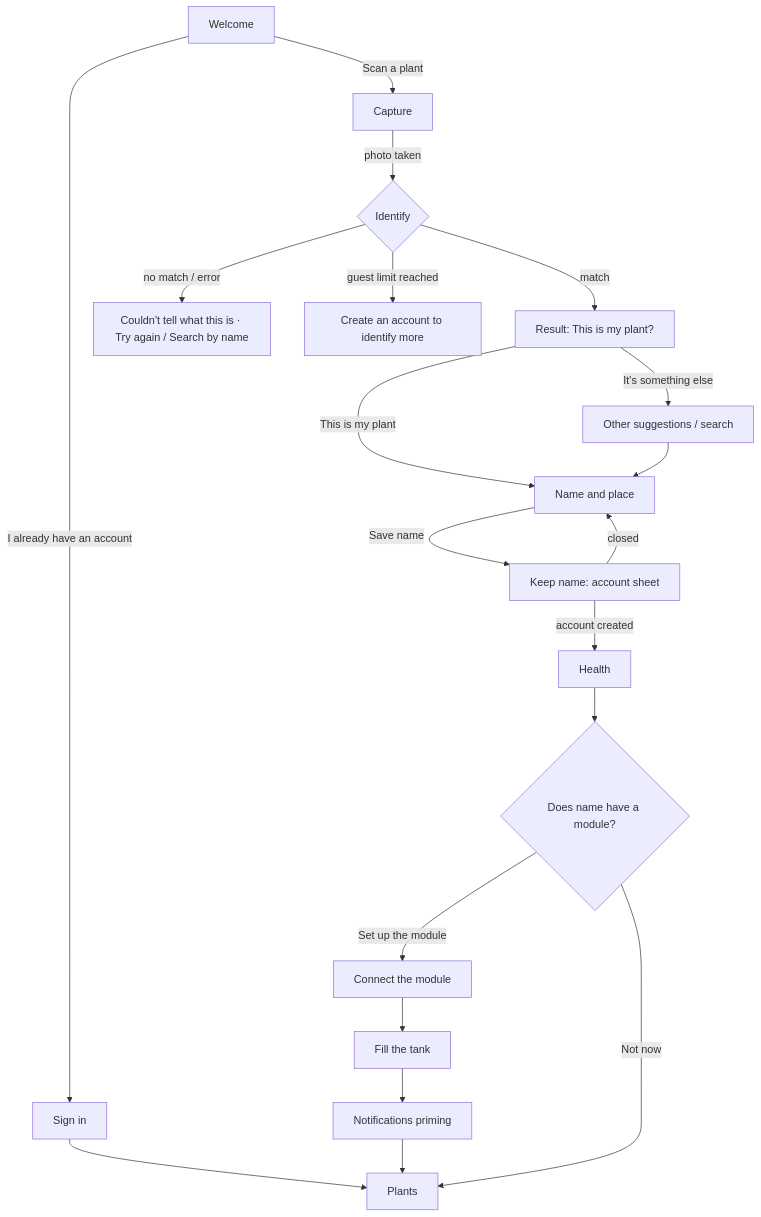
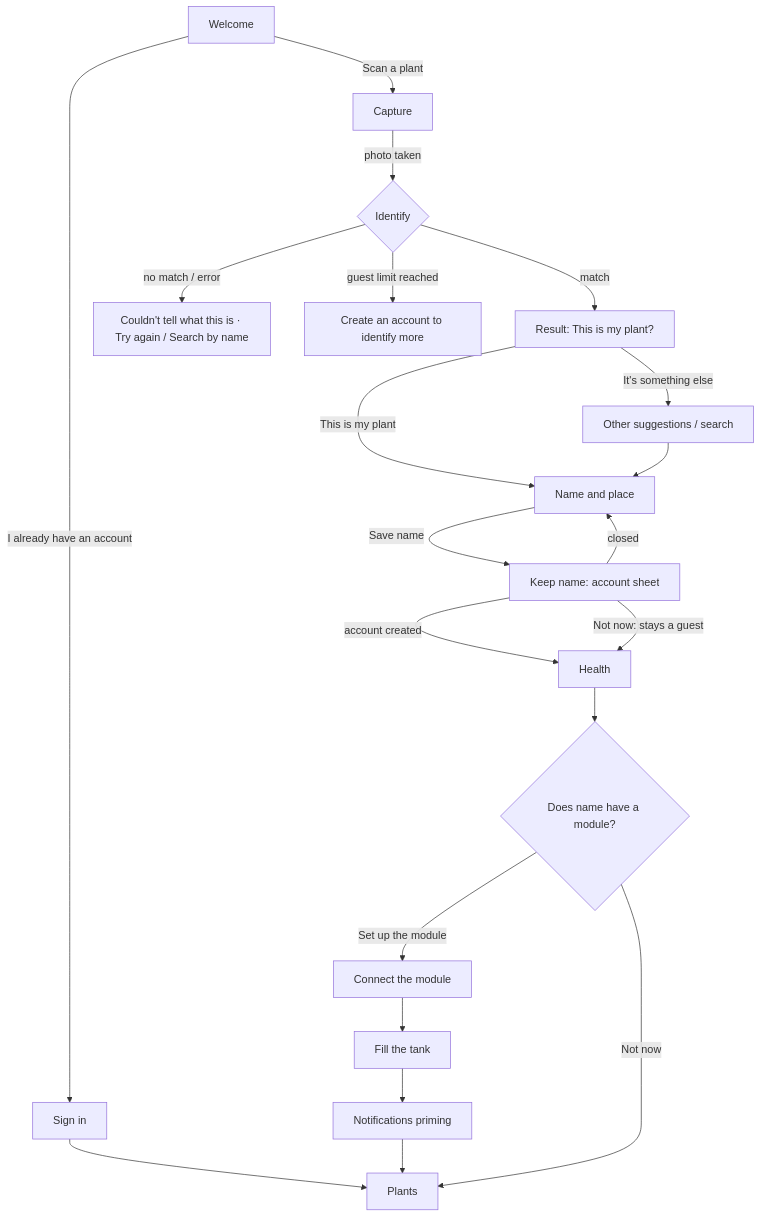
Before and after one commit to AlexC-789/plant-care: the second of 3 diagrams in docs/design/UX_ARCHITECTURE.md, drawn with Mermaid. The commit also changed other lines of this file and 3 other files, not shown here.

````diff
--- a/docs/design/UX_ARCHITECTURE.md
+++ b/docs/design/UX_ARCHITECTURE.md
@@ -72,17 +72,18 @@
 ```mermaid
 flowchart TD
   A[Welcome] -->|Scan a plant| B[Capture]
   A -->|I already have an account| SI[Sign in] --> H
   B -->|photo taken| C{Identify}
   C -->|match| D[Result: This is my plant?]
   C -->|no match / error| C2[Couldn't tell what this is · Try again / Search by name]
   C -->|guest limit reached| L[Create an account to identify more]
   D -->|This is my plant| E[Name and place]
   D -->|It's something else| D2[Other suggestions / search] --> E
   E -->|Save name| F[Keep name: account sheet]
   F -->|account created| G[Health]
   F -->|closed| E
+  F -->|Not now: stays a guest| G
   G --> M{Does name have a module?}
   M -->|Set up the module| P[Connect the module] --> T[Fill the tank] --> N[Notifications priming] --> H[Plants]
   M -->|Not now| H
 ```
````
